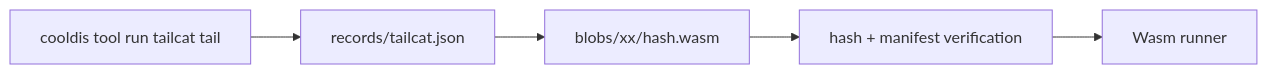
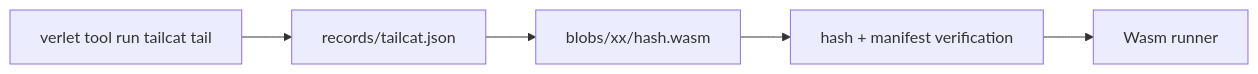
Before and after one commit to emotionscientific/cooldis-kernel: the fourth of 4 diagrams in docs/publish-storage.md, drawn with Mermaid. The commit also changed other lines of this file and 721 other files, not shown here.

Commit message:
EMO-520: rename Cooldis kernel to Verlet

````diff
--- a/docs/publish-storage.md
+++ b/docs/publish-storage.md
@@ -118,10 +118,10 @@
 ```mermaid
 flowchart LR
-    Run[cooldis tool run tailcat tail]
+    Run[verlet tool run tailcat tail]
     Record[records/tailcat.json]
     Blob[blobs/xx/hash.wasm]
     Verify[hash + manifest verification]
     Runner[Wasm runner]
 
     Run --> Record --> Blob --> Verify --> Runner
 ```
````
